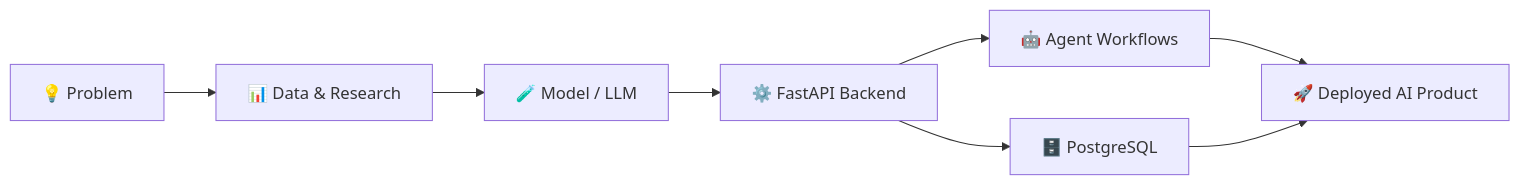
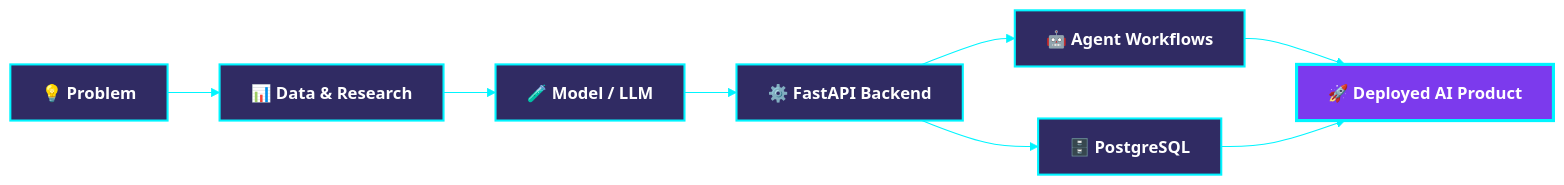
Before and after one commit to MirSiam10/MirSiam10: the diagram in README.md, drawn with Mermaid. The commit also changed other lines of this file, not shown here.

````diff
--- a/README.md
+++ b/README.md
@@ -87,10 +150,15 @@
 ```mermaid
+%%{init: {'theme':'base','themeVariables':{'fontFamily':'monospace','fontSize':'16px','primaryColor':'#302b63','primaryTextColor':'#ffffff','primaryBorderColor':'#00f5ff','lineColor':'#00f5ff'}}}%%
 flowchart LR
     A[💡 Problem] --> B[📊 Data & Research]
     B --> C[🧪 Model / LLM]
     C --> D[⚙️ FastAPI Backend]
     D --> E[🗄️ PostgreSQL]
     D --> F[🤖 Agent Workflows]
     F --> G[🚀 Deployed AI Product]
     E --> G
+    classDef core fill:#302b63,stroke:#00f5ff,stroke-width:2px,color:#fff,font-weight:bold;
+    classDef ship fill:#7c3aed,stroke:#00f5ff,stroke-width:3px,color:#fff,font-weight:bold;
+    class A,B,C,D,E,F core;
+    class G ship;
 ```
````
